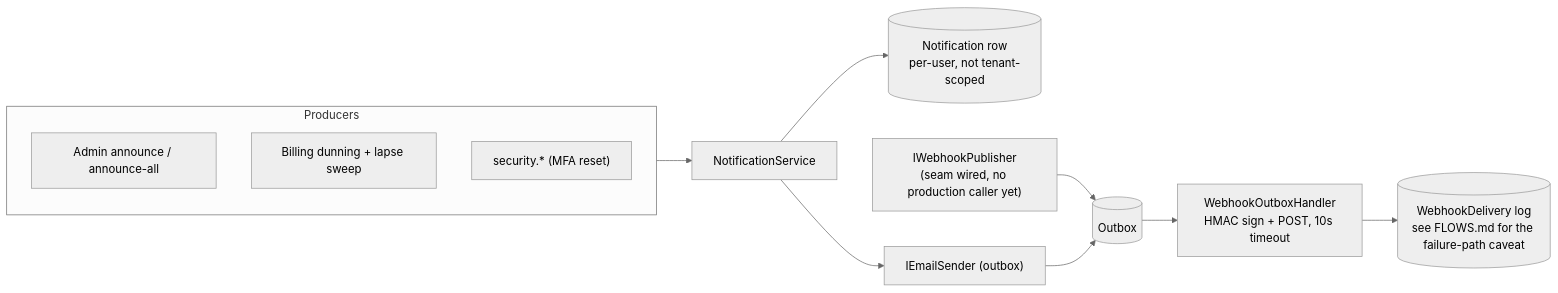
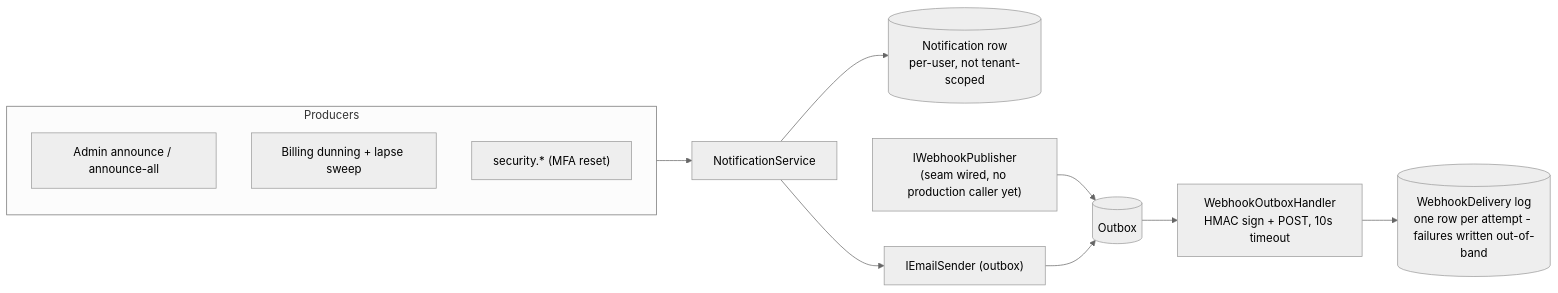
Before and after one commit to argamboad/template: the seventh of 8 diagrams in docs/ARCHITECTURE.md, drawn with Mermaid (neutral theme). The commit also changed 8 other files, not shown here.

````diff
--- a/docs/ARCHITECTURE.md
+++ b/docs/ARCHITECTURE.md
@@ -258,15 +258,15 @@
 ```mermaid
 flowchart LR
     subgraph producers ["Producers"]
         ANN["Admin announce / announce-all"]
         BILL["Billing dunning + lapse sweep"]
         SEC["security.* (MFA reset)"]
     end
     producers --> NS["NotificationService"]
     NS --> ROW[("Notification row<br/>per-user, not tenant-scoped")]
     NS --> OES["IEmailSender (outbox)"]
     PUB["IWebhookPublisher<br/>(seam wired, no production caller yet)"] --> OB[("Outbox")]
     OES --> OB
     OB --> WOH["WebhookOutboxHandler<br/>HMAC sign + POST, 10s timeout"]
-    WOH --> DLV[("WebhookDelivery log<br/>see FLOWS.md for the failure-path caveat")]
+    WOH --> DLV[("WebhookDelivery log<br/>one row per attempt - failures written out-of-band")]
 ```
````
